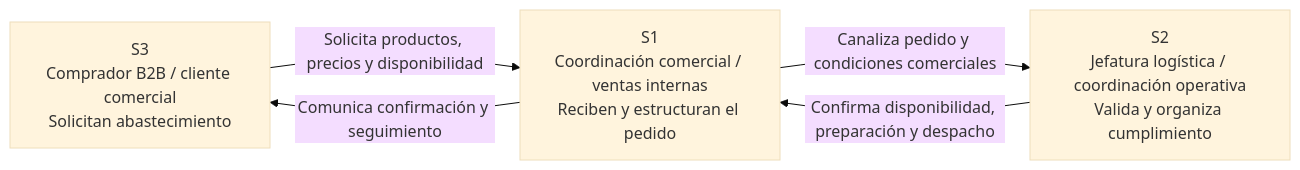
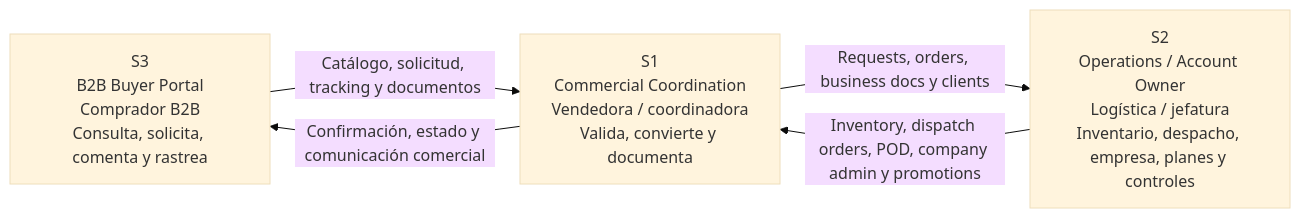
The first of 4 diagrams in report/10-chapter-1-introduction/1-3-target-segments.md (R0obxdnt-bit/nexa-report-main-copy), drawn with Mermaid (base theme) before and after one commit. The commit also changed other lines of this file, not shown here.

````diff
--- a/report/10-chapter-1-introduction/1-3-target-segments.md
+++ b/report/10-chapter-1-introduction/1-3-target-segments.md
@@ -23,11 +38,11 @@
 ```mermaid
 flowchart LR
-    SEG3["S3\nComprador B2B / cliente comercial\nSolicitan abastecimiento"]
-    SEG1["S1\nCoordinación comercial / ventas internas\nReciben y estructuran el pedido"]
-    SEG2["S2\nJefatura logística / coordinación operativa\nValida y organiza cumplimiento"]
+    SEG3["S3\nB2B Buyer Portal\nComprador B2B\nConsulta, solicita, comenta y rastrea"]
+    SEG1["S1\nCommercial Coordination\nVendedora / coordinadora\nValida, convierte y documenta"]
+    SEG2["S2\nOperations / Account Owner\nLogística / jefatura\nInventario, despacho, empresa, planes y controles"]
 
-    SEG3 -->|Solicita productos, precios y disponibilidad| SEG1
-    SEG1 -->|Canaliza pedido y condiciones comerciales| SEG2
-    SEG2 -->|Confirma disponibilidad, preparación y despacho| SEG1
-    SEG1 -->|Comunica confirmación y seguimiento| SEG3
+    SEG3 -->|Catálogo, solicitud, tracking y documentos| SEG1
+    SEG1 -->|Requests, orders, business docs y clients| SEG2
+    SEG2 -->|Inventory, dispatch orders, POD, company admin y promotions| SEG1
+    SEG1 -->|Confirmación, estado y comunicación comercial| SEG3
 ```
````
